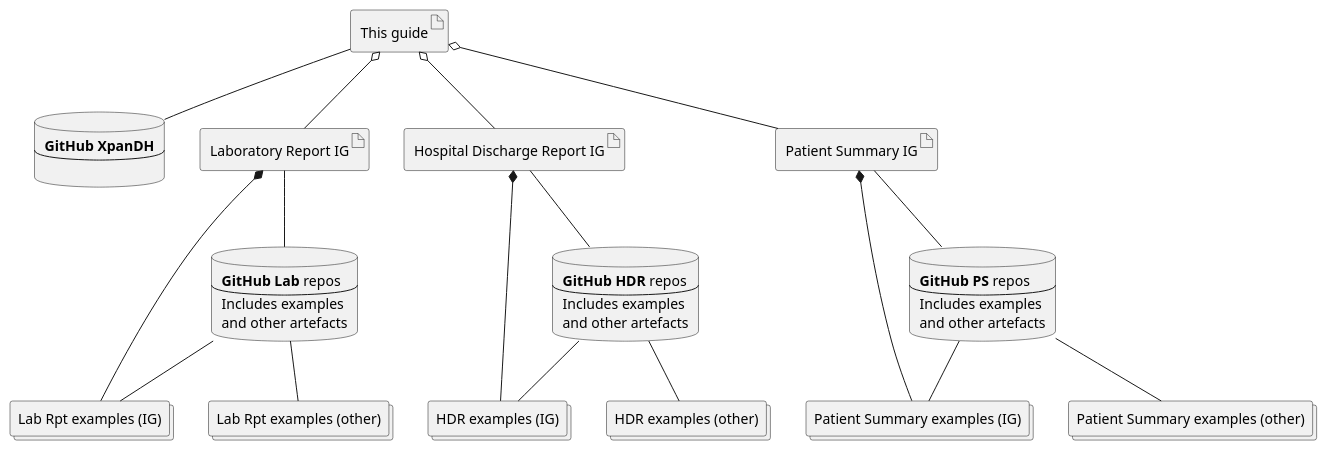
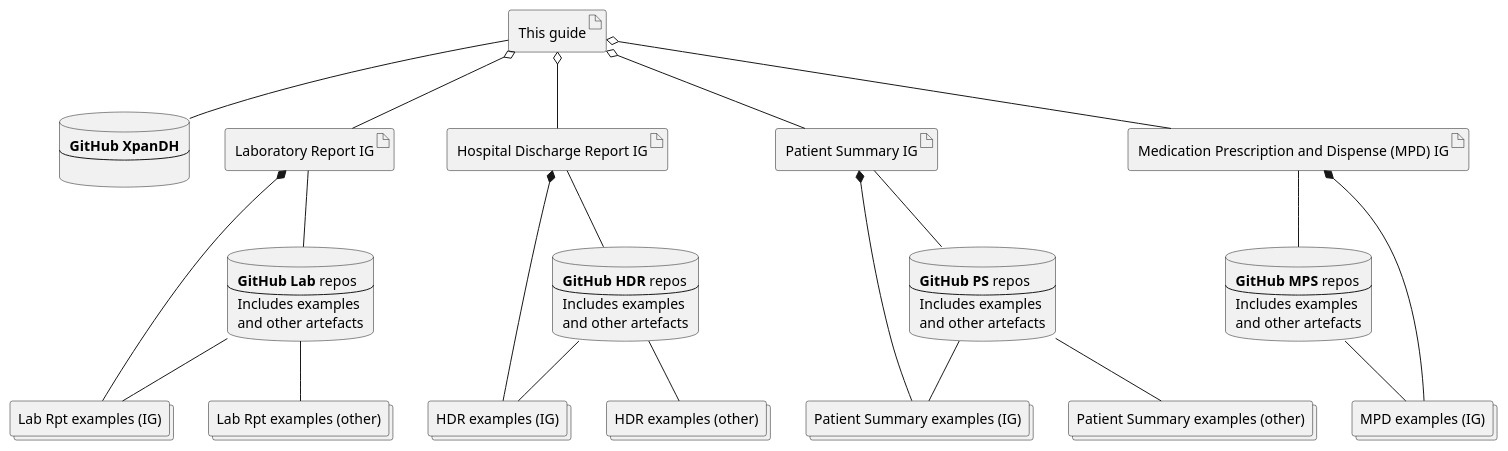
One commit to carmoao/XpanDH changed the diagram in input/images-source/ig-structure.plantuml. Above: the diagram before and after it, drawn with PlantUML. The commit also changed 1 other file, not shown here.

Commit message:
added mpd

```diff
--- a/input/images-source/ig-structure.plantuml
+++ b/input/images-source/ig-structure.plantuml
@@ -1,94 +1,112 @@
 @startuml
 
 
 database GitHubLab [
 <b>GitHub Lab</b> repos
 ----
 Includes examples
 and other artefacts
 ]
 
 database GitHubHDR [
 <b>GitHub HDR</b> repos
 ----
 Includes examples
 and other artefacts
 ]
 
 database GitHubPs [
 <b>GitHub PS</b> repos
+----
+Includes examples
+and other artefacts
+]
+
+
+database GitHubMpd [
+<b>GitHub MPS</b> repos
 ----
 Includes examples
 and other artefacts
 ]
 
 database GitHubXph [
 <b>GitHub XpanDH</b>
 ----
 
 ]
 
 collections PatientSummaryIg [
 Patient Summary examples (IG)
 ]
 
 collections PatientSummary [
 Patient Summary examples (other)
 ]
 
 collections LabReportIg [
 Lab Rpt examples (IG)
 ]
 
 collections LabReport [
 Lab Rpt examples (other)
 ]
 
 collections HDRIg [
 HDR examples (IG)
 ]
 
+collections MPDIg [
+MPD examples (IG)
+]
+
 collections HDR [
 HDR examples (other)
 ]
 
 
 artifact "This guide"
 artifact "Laboratory Report IG"
 artifact "Hospital Discharge Report IG"
 artifact "Patient Summary IG"
+artifact "Medication Prescription and Dispense (MPD) IG" as mpd
 
 
 "This guide" -- GitHubXph 
 "This guide" o-- "Laboratory Report IG"
 "This guide" o-- "Hospital Discharge Report IG"
 "This guide" o-- "Patient Summary IG"
+"This guide" o-- mpd
 
 
 "Patient Summary IG" -- GitHubPs 
 "Patient Summary IG" *-- PatientSummaryIg 
 GitHubPs -- PatientSummary 
 GitHubPs -- PatientSummaryIg
 
 "Laboratory Report IG" -- GitHubLab 
 "Laboratory Report IG" *-- LabReportIg 
 GitHubLab -- LabReport 
 GitHubLab -- LabReportIg
 
 "Hospital Discharge Report IG" -- GitHubHDR
 "Hospital Discharge Report IG" *-- HDRIg
 GitHubHDR -- HDR
 GitHubHDR -- HDRIg
 
+mpd -- GitHubMpd
+mpd *-- MPDIg 
+GitHubMpd -- MPDIg
 
 url of "Patient Summary IG" is  [[https://build.fhir.org/ig/hl7-eu/xpandh-ps]]
 url of "Laboratory Report IG" is  [[https://build.fhir.org/ig/hl7-eu/xpandh-lab]]
 url of "Hospital Discharge Report IG" is  [[https://build.fhir.org/ig/hl7-eu/xpandh-hdr]]
 
 url of GitHubHDR is  [[https://github.com/hl7-eu/xpandh-hdr]]
 url of GitHubLab is  [[https://github.com/hl7-eu/xpandh-lab]]
 url of GitHubPs is  [[https://github.com/hl7-eu/xpandh-ps]]
+url of GitHubMpd is  [[https://github.com/hl7-eu/xpandh-mpd]]
 url of GitHubXph is  [[https://github.com/hl7-eu/xpandh]]
 
 
 @enduml
```
